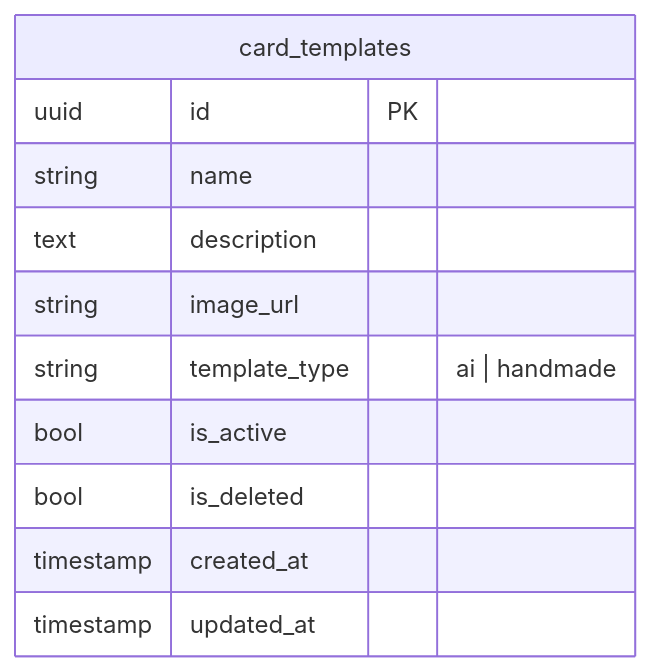
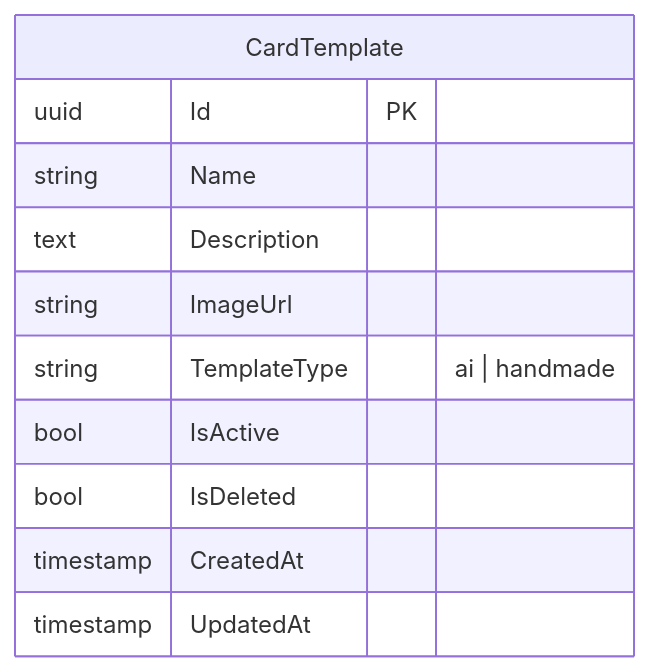
One commit to TaskCoper/hoatheomua-be changed the fourth of 4 diagrams in HoaTheoMua.Repository/docs/tdd/TDD-023/TDD-023-lay-chi-tiet-card-template.md. Above: the diagram before and after it, drawn with Mermaid. The commit also changed other lines of this file and 499 other files, not shown here.

````diff
--- a/HoaTheoMua.Repository/docs/tdd/TDD-023/TDD-023-lay-chi-tiet-card-template.md
+++ b/HoaTheoMua.Repository/docs/tdd/TDD-023/TDD-023-lay-chi-tiet-card-template.md
@@ -132,14 +132,14 @@
 ```mermaid
 erDiagram
-    card_templates {
-        uuid id PK
-        string name
-        text description
-        string image_url
-        string template_type "ai | handmade"
-        bool is_active
-        bool is_deleted
-        timestamp created_at
-        timestamp updated_at
+    CardTemplate {
+        uuid Id PK
+        string Name
+        text Description
+        string ImageUrl
+        string TemplateType "ai | handmade"
+        bool IsActive
+        bool IsDeleted
+        timestamp CreatedAt
+        timestamp UpdatedAt
     }
 ```
````
